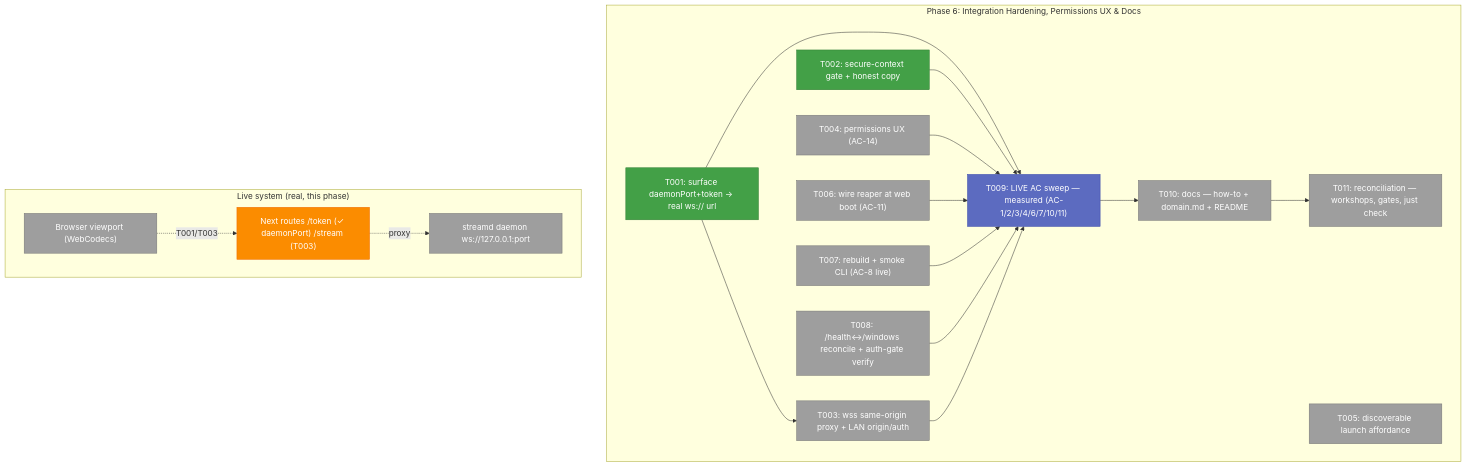
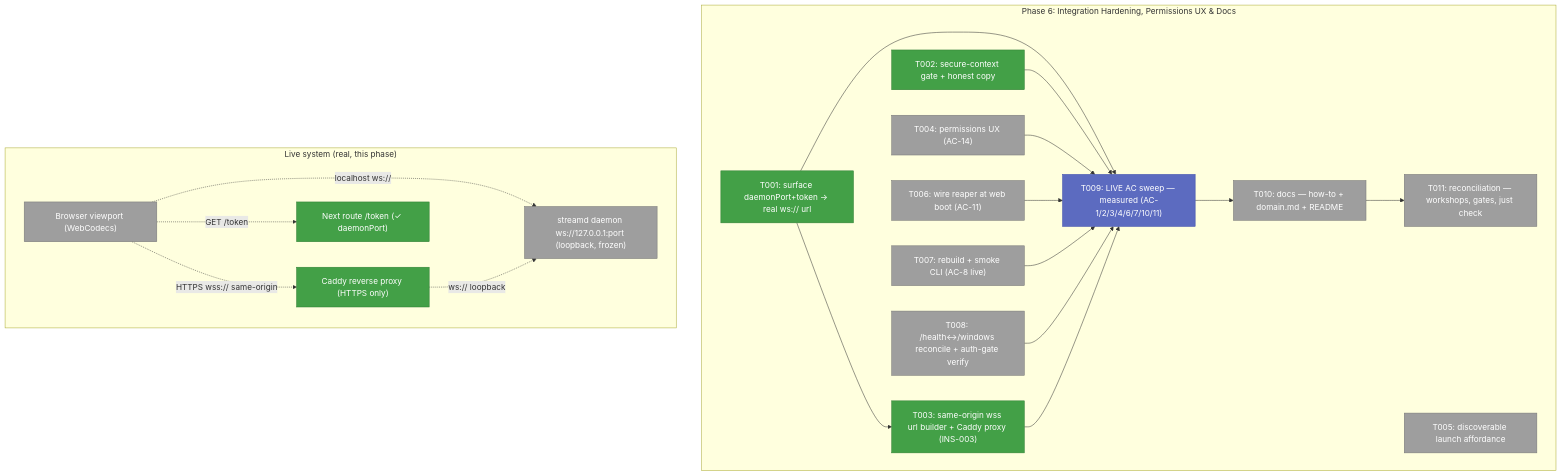
Before and after one commit to AI-Substrate/chainglass: the first of 3 diagrams in docs/plans/088-remote-app-view/tasks/phase-6-integration-hardening-permissions-ux-docs/tasks.md, drawn with Mermaid. The commit also changed other lines of this file and 6 other files, not shown here.

First line of the commit message:
feat(remote-view): T003 same-origin wss url builder for HTTPS/LAN (canonical, INS-003)

````diff
--- a/docs/plans/088-remote-app-view/tasks/phase-6-integration-hardening-permissions-ux-docs/tasks.md
+++ b/docs/plans/088-remote-app-view/tasks/phase-6-integration-hardening-permissions-ux-docs/tasks.md
@@ -97,39 +97,42 @@
 ```mermaid
 flowchart TD
     classDef pending fill:#9E9E9E,stroke:#757575,color:#fff
     classDef gate fill:#5C6BC0,stroke:#3949AB,color:#fff
     classDef completed fill:#43A047,stroke:#2E7D32,color:#fff
     classDef inprogress fill:#FB8C00,stroke:#EF6C00,color:#fff
 
     subgraph P6["Phase 6: Integration Hardening, Permissions UX & Docs"]
         T001["T001: surface daemonPort+token → real ws:// url"]:::completed
         T002["T002: secure-context gate + honest copy"]:::completed
-        T003["T003: wss same-origin proxy + LAN origin/auth"]:::pending
+        T003["T003: same-origin wss url builder + Caddy proxy (INS-003)"]:::completed
         T004["T004: permissions UX (AC-14)"]:::pending
         T005["T005: discoverable launch affordance"]:::pending
         T006["T006: wire reaper at web boot (AC-11)"]:::pending
         T007["T007: rebuild + smoke CLI (AC-8 live)"]:::pending
         T008["T008: /health↔/windows reconcile + auth-gate verify"]:::pending
         T009["T009: LIVE AC sweep — measured (AC-1/2/3/4/6/7/10/11)"]:::gate
         T010["T010: docs — how-to + domain.md + README"]:::pending
         T011["T011: reconciliation — workshops, gates, just check"]:::pending
 
         T001 --> T003
         T001 --> T009
         T002 --> T009
         T004 --> T009
         T006 --> T009
         T007 --> T009
         T008 --> T009
         T003 --> T009
         T009 --> T010
         T010 --> T011
     end
 
     subgraph Live["Live system (real, this phase)"]
         BR["Browser viewport (WebCodecs)"]:::pending
-        NX["Next routes /token (✓ daemonPort) /stream (T003)"]:::inprogress
-        DA["streamd daemon ws://127.0.0.1:port"]:::pending
-        BR -.T001/T003.-> NX -.proxy.-> DA
+        NX["Next route /token (✓ daemonPort)"]:::completed
+        CX["Caddy reverse proxy (HTTPS only)"]:::completed
+        DA["streamd daemon ws://127.0.0.1:port (loopback, frozen)"]:::pending
+        BR -.localhost ws://.-> DA
+        BR -.HTTPS wss:// same-origin.-> CX -.ws:// loopback.-> DA
+        BR -.GET /token.-> NX
     end
 ```
````
